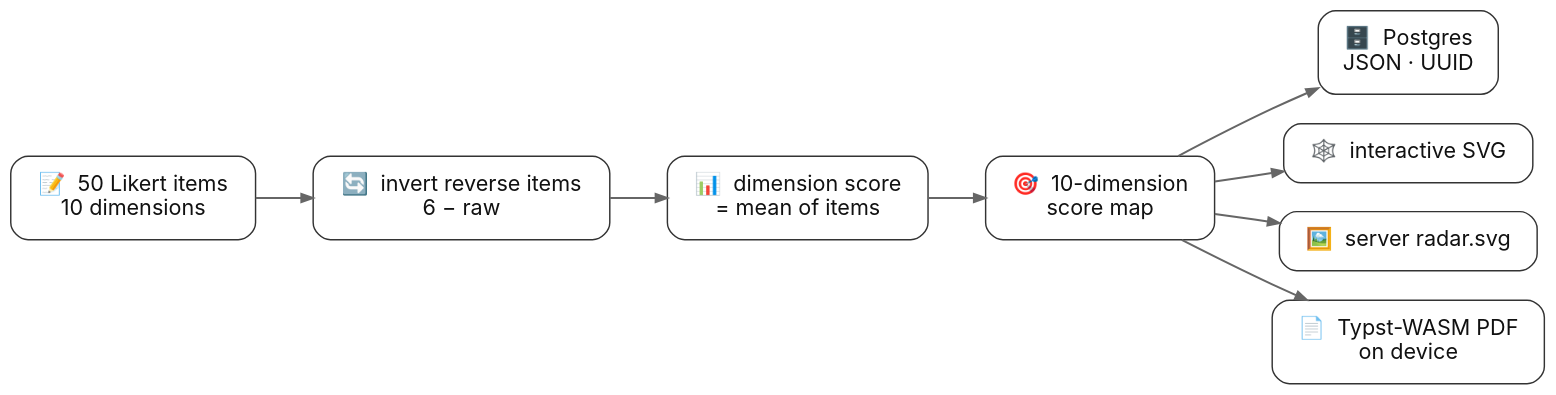
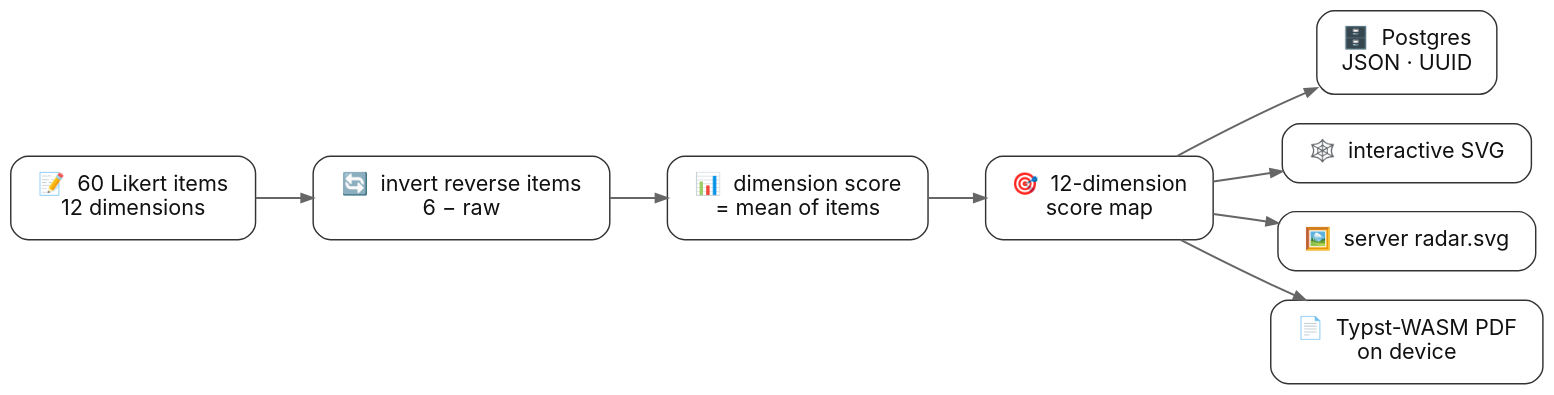
One commit to carecodeconnect/www.carecodeconnect.io changed the first of 3 diagrams in projects/life-repair-kit/index.qmd. Above: the diagram before and after it, drawn with Graphviz. The commit also changed other lines of this file and 7 other files, not shown here.

First line of the commit message:
Life Repair Kit: twelve dimensions, sixty items; add the role to About

````diff
--- a/projects/life-repair-kit/index.qmd
+++ b/projects/life-repair-kit/index.qmd
@@ -240,17 +242,17 @@
 ```{dot}
 digraph {
   bgcolor="transparent"; rankdir=LR; nodesep=0.28; ranksep=0.55;
   node [shape=box, style="rounded,filled", fillcolor="white", color="#333333", fontcolor="#111111", fontname="Inter,Helvetica,Arial,sans-serif", fontsize=15, margin="0.24,0.16"];
   edge [color="#666666", penwidth=1.4, arrowsize=0.8];
-  Q    [label="📝  50 Likert items\n10 dimensions"];
+  Q    [label="📝  60 Likert items\n12 dimensions"];
   ADJ  [label="🔄  invert reverse items\n6 − raw"];
   DIM  [label="📊  dimension score\n= mean of items"];
-  MAP  [label="🎯  10-dimension\nscore map"];
+  MAP  [label="🎯  12-dimension\nscore map"];
   POST [label="🗄️  Postgres\nJSON · UUID"];
   SVG  [label="🕸️  interactive SVG"];
   OG   [label="🖼️  server radar.svg"];
   PDF  [label="📄  Typst-WASM PDF\non device"];
   Q -> ADJ -> DIM -> MAP;
   MAP -> POST; MAP -> SVG; MAP -> OG; MAP -> PDF;
 }
 ```
````
